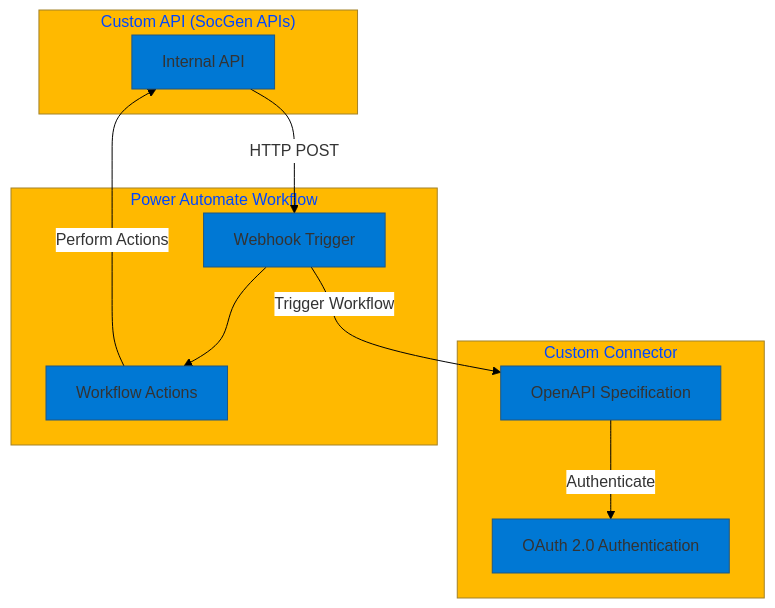
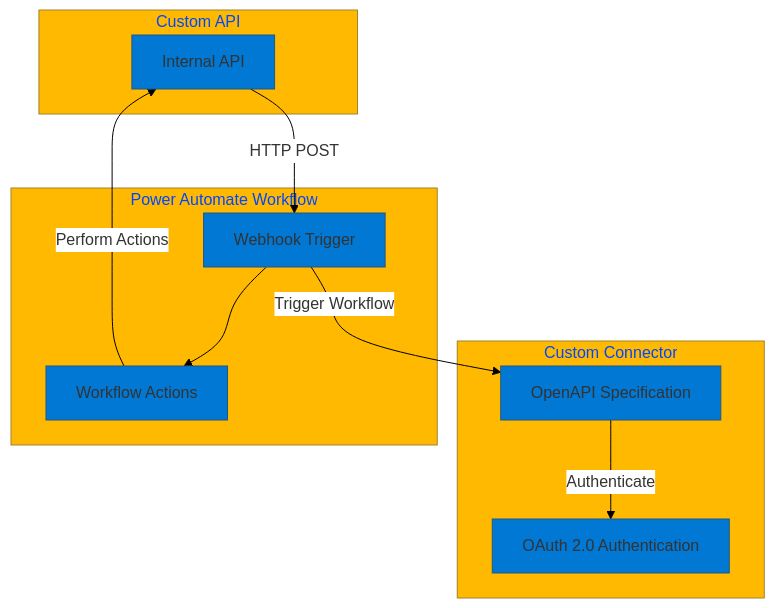
One commit to sakthivel-arumugam/LowCode-NoCode-Integration changed the diagram in High Level Technical Architecture_2.md. Above: the diagram before and after it, drawn with Mermaid.

Commit message:
Update High Level Technical Architecture_2.md

````diff
--- a/High Level Technical Architecture_2.md
+++ b/High Level Technical Architecture_2.md
@@ -6,23 +6,23 @@
 ```mermaid
 %%{init: {'theme': 'base', 'themeVariables': {'primaryColor': '#0078D4', 'edgeLabelBackground':'#ffffff', 'tertiaryColor': '#FFB900', 'background':'#ffffff'}}}%%
 flowchart TD
-    subgraph Custom_API["Custom API (SocGen APIs)"]
+    subgraph Custom_API["Custom API"]
         C1[Internal API]
     end
 
     subgraph Custom_Connector["Custom Connector"]
         CC1[OpenAPI Specification]
         CC2[OAuth 2.0 Authentication]
     end
 
     subgraph Power_Automate["Power Automate Workflow"]
         PA1[Webhook Trigger]
         PA2[Workflow Actions]
     end
 
     C1 -->|HTTP POST| PA1
     PA1 -->|Trigger Workflow| CC1
     CC1 -->|Authenticate| CC2
     PA1 --> PA2
     PA2 -->|Perform Actions| C1
 ```
````
